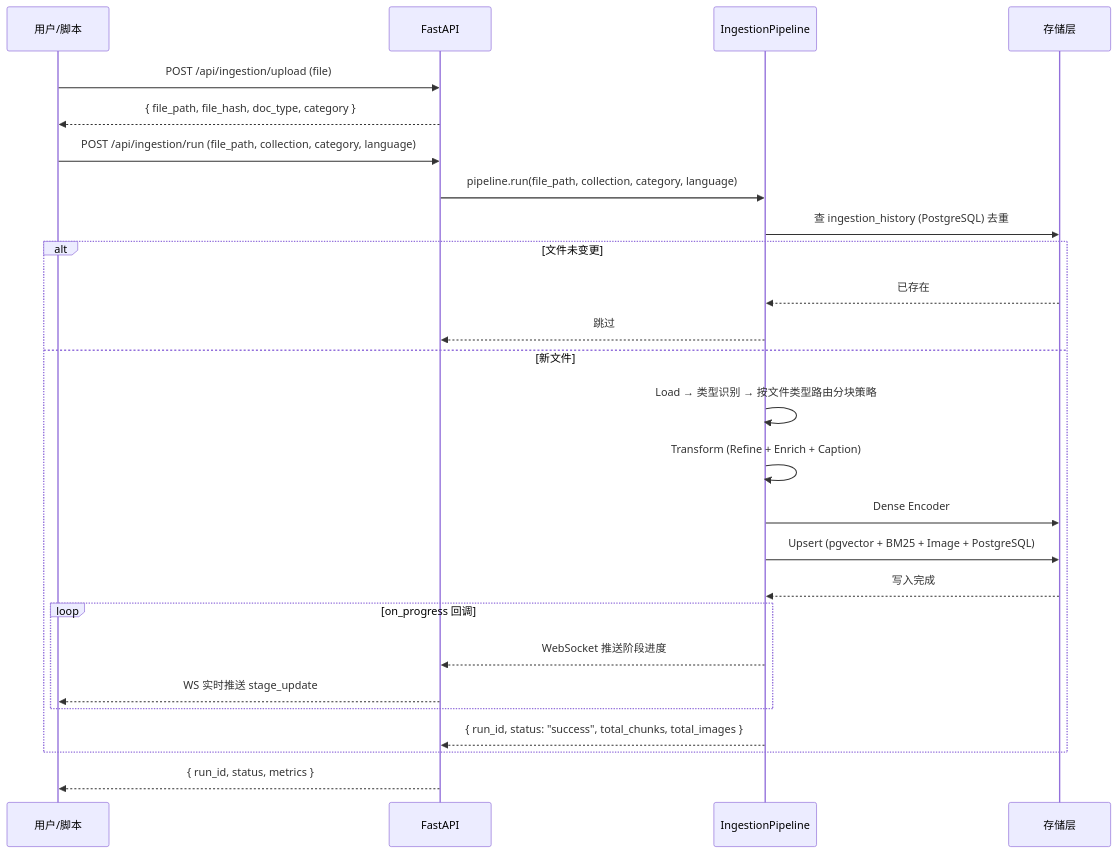
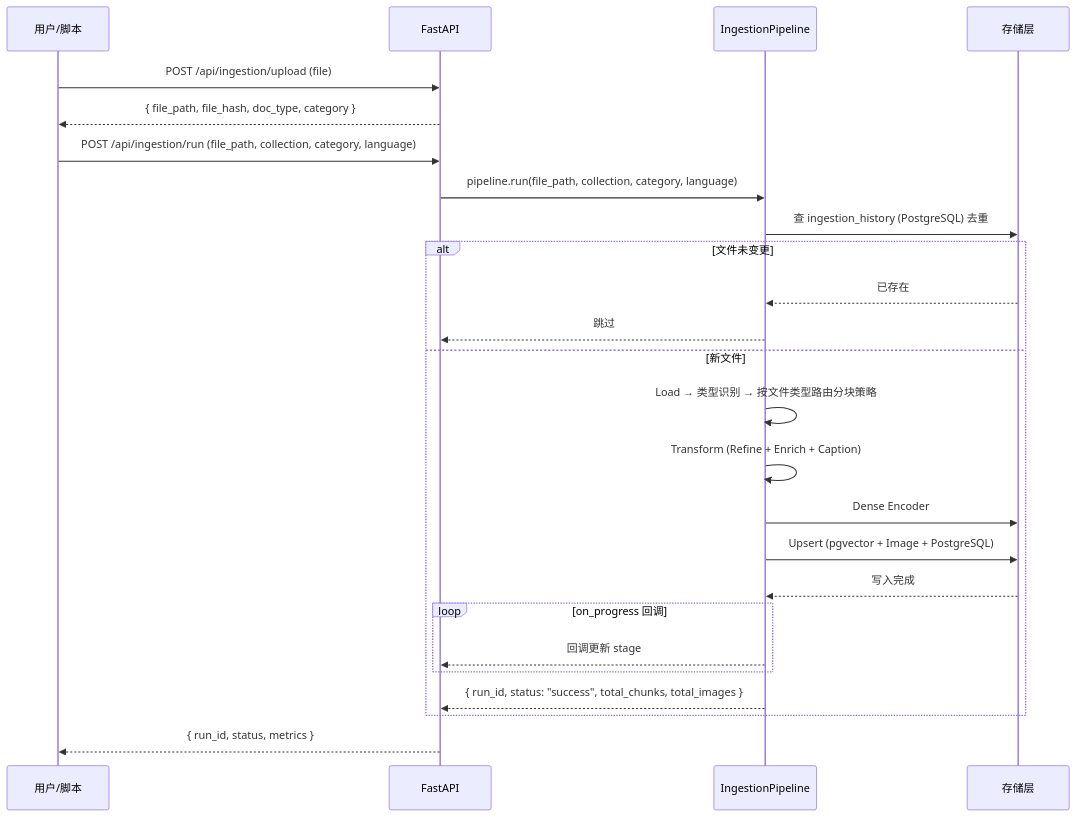
One commit to vic-ai-dev/knowledge-service changed the tenth of 12 diagrams in DEV_SPEC.md. Above: the diagram before and after it, drawn with Mermaid. The commit also changed other lines of this file and 180 other files, not shown here.

````diff
--- a/DEV_SPEC.md
+++ b/DEV_SPEC.md
@@ -1426,30 +1360,29 @@
 ```mermaid
 sequenceDiagram
     participant User as 用户/脚本
     participant API as FastAPI
     participant Pipeline as IngestionPipeline
     participant Store as 存储层
 
     User->>API: POST /api/ingestion/upload (file)
     API-->>User: { file_path, file_hash, doc_type, category }
 
     User->>API: POST /api/ingestion/run (file_path, collection, category, language)
     API->>Pipeline: pipeline.run(file_path, collection, category, language)
     Pipeline->>Store: 查 ingestion_history (PostgreSQL) 去重
     alt 文件未变更
         Store-->>Pipeline: 已存在
         Pipeline-->>API: 跳过
     else 新文件
         Pipeline->>Pipeline: Load → 类型识别 → 按文件类型路由分块策略
         Pipeline->>Pipeline: Transform (Refine + Enrich + Caption)
         Pipeline->>Store: Dense Encoder
-        Pipeline->>Store: Upsert (pgvector + BM25 + Image + PostgreSQL)
+        Pipeline->>Store: Upsert (pgvector + Image + PostgreSQL)
         Store-->>Pipeline: 写入完成
         loop on_progress 回调
-            Pipeline-->>API: WebSocket 推送阶段进度
-            API-->>User: WS 实时推送 stage_update
+            Pipeline-->>API: 回调更新 stage
         end
         Pipeline-->>API: { run_id, status: "success", total_chunks, total_images }
     end
     API-->>User: { run_id, status, metrics }
 ```
````
